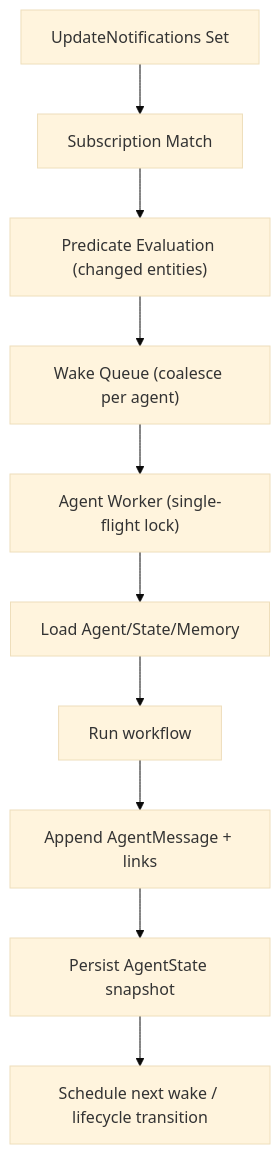
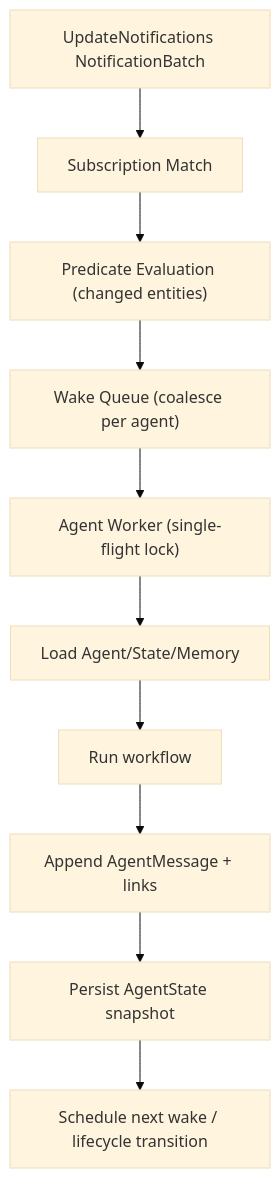
Before and after one commit to matthiasn/lotti: the first of 2 diagrams in docs/implementation_plans/2026-02-17_explicit_agents_foundation_layer.md, drawn with Mermaid (base theme). The commit also changed other lines of this file, not shown here.

````diff
--- a/docs/implementation_plans/2026-02-17_explicit_agents_foundation_layer.md
+++ b/docs/implementation_plans/2026-02-17_explicit_agents_foundation_layer.md
@@ -768,12 +887,12 @@
 ```mermaid
 flowchart TD
-  A["UpdateNotifications Set<String>"] --> B["Subscription Match"]
+  A["UpdateNotifications NotificationBatch"] --> B["Subscription Match"]
   B --> C["Predicate Evaluation (changed entities)"]
   C --> D["Wake Queue (coalesce per agent)"]
   D --> E["Agent Worker (single-flight lock)"]
   E --> F["Load Agent/State/Memory"]
   F --> G["Run workflow"]
   G --> H["Append AgentMessage + links"]
   H --> I["Persist AgentState snapshot"]
   I --> J["Schedule next wake / lifecycle transition"]
 ```
````
